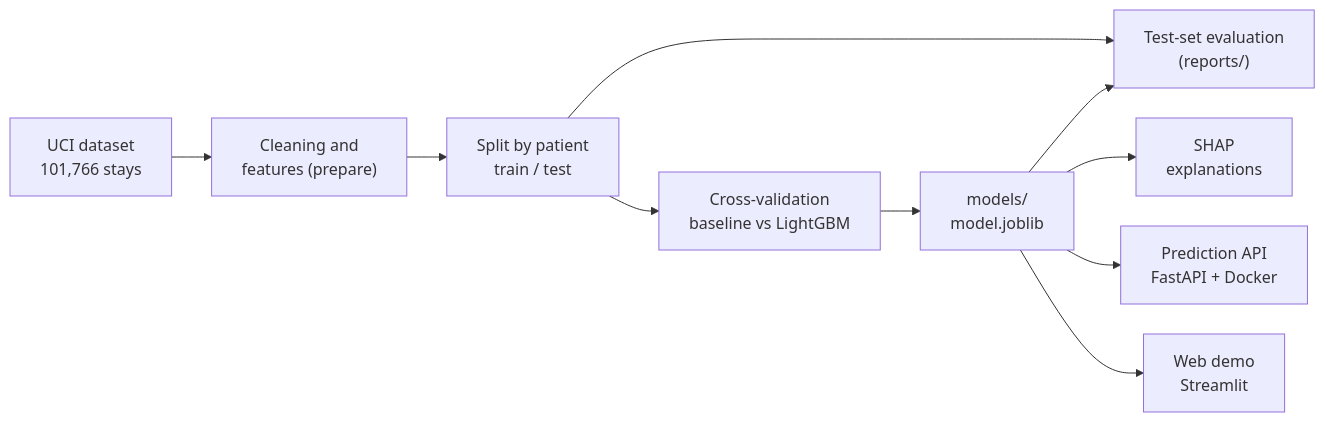
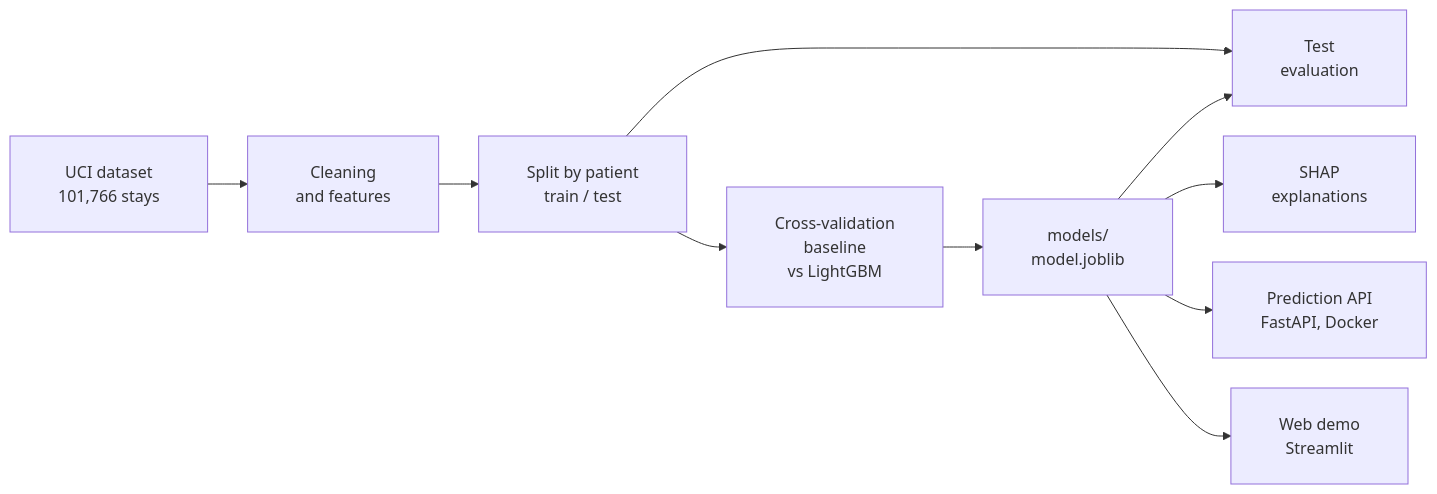
Before and after one commit to agilmouzo/readmission-risk: the diagram in README.md, drawn with Mermaid. The commit also changed 1 other file, not shown here.

Commit message:
Shorten Mermaid labels so they fit their boxes

````diff
--- a/README.md
+++ b/README.md
@@ -62,13 +62,13 @@
 ```mermaid
-%%{init: {"flowchart": {"htmlLabels": false, "nodeSpacing": 30, "rankSpacing": 40}}}%%
+%%{init: {"flowchart": {"htmlLabels": false, "padding": 24, "nodeSpacing": 30, "rankSpacing": 40}}}%%
 flowchart LR
-    A["UCI dataset<br/>101,766 stays"] --> B["Cleaning and<br/>features (prepare)"]
+    A["UCI dataset<br/>101,766 stays"] --> B["Cleaning<br/>and features"]
     B --> C["Split by patient<br/>train / test"]
-    C --> D["Cross-validation<br/>baseline vs LightGBM"]
+    C --> D["Cross-validation<br/>baseline<br/>vs LightGBM"]
     D --> E["models/<br/>model.joblib"]
-    C --> F["Test-set evaluation<br/>(reports/)"]
+    C --> F["Test<br/>evaluation"]
     E --> F
     E --> G["SHAP<br/>explanations"]
-    E --> H["Prediction API<br/>FastAPI + Docker"]
+    E --> H["Prediction API<br/>FastAPI, Docker"]
     E --> I["Web demo<br/>Streamlit"]
 ```
````
